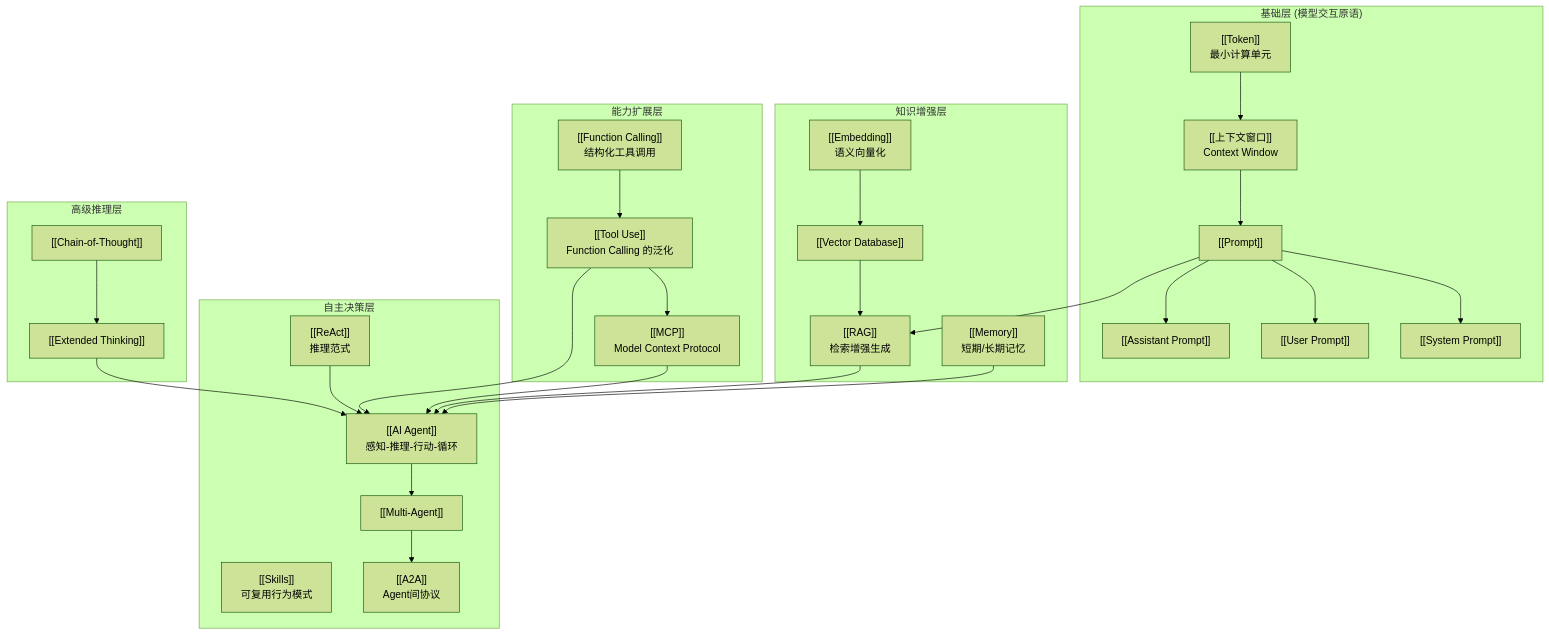
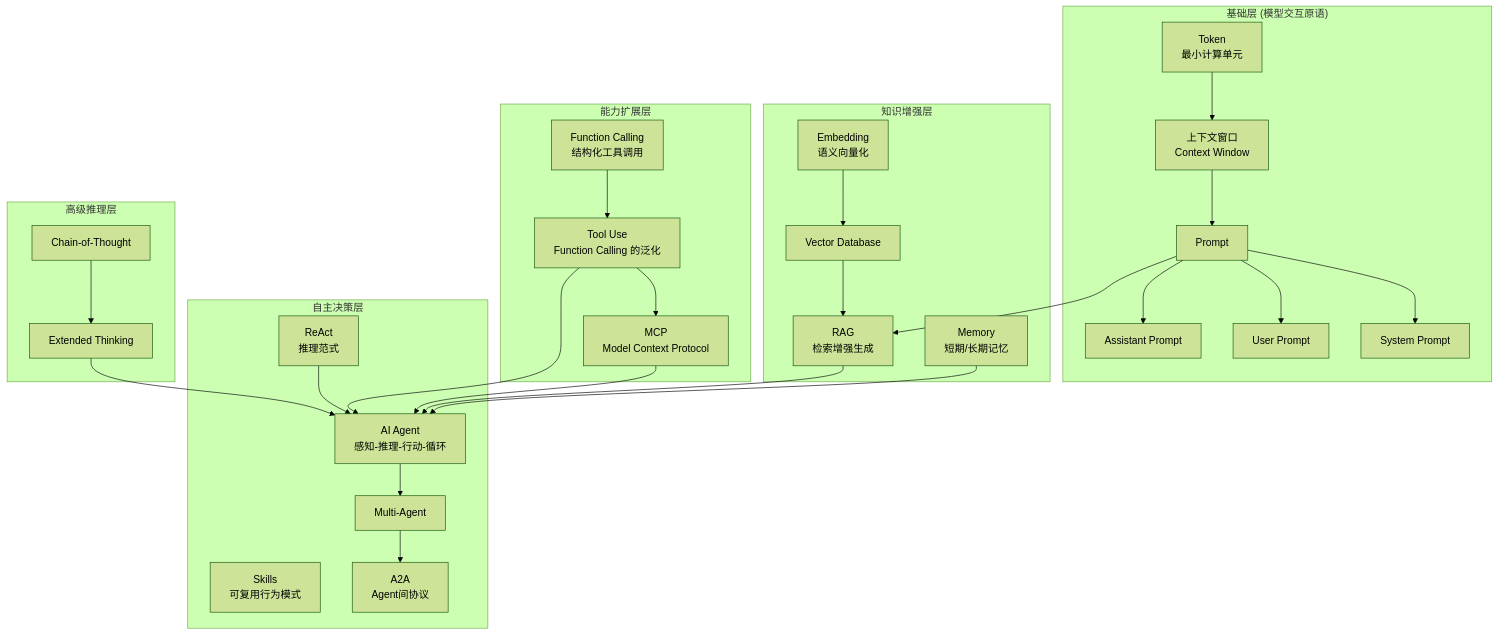
One commit to hpliStartAgain/my-brain changed the ninth of 10 diagrams in content/LLM/大模型日常使用/01 AI名词扫盲——从Prompt到Agent的完整图谱.md. Above: the diagram before and after it, drawn with Mermaid (forest theme). The commit also changed other lines of this file and 511 other files, not shown here.

````diff
--- a/content/LLM/大模型日常使用/01 AI名词扫盲——从Prompt到Agent的完整图谱.md
+++ b/content/LLM/大模型日常使用/01 AI名词扫盲——从Prompt到Agent的完整图谱.md
@@ -765,54 +765,54 @@
 ```mermaid
 graph TD
     subgraph "基础层 (模型交互原语)"
-        T["[[Token]]\n最小计算单元"]
-        P["[[Prompt]]"]
-        P --> SP["[[System Prompt]]"]
-        P --> UP["[[User Prompt]]"]
-        P --> AP["[[Assistant Prompt]]"]
-        CW["[[上下文窗口]]\nContext Window"]
+        T["Token\n最小计算单元"]
+        P["Prompt"]
+        P --> SP["System Prompt"]
+        P --> UP["User Prompt"]
+        P --> AP["Assistant Prompt"]
+        CW["上下文窗口\nContext Window"]
     end
 
     subgraph "知识增强层"
-        E["[[Embedding]]\n语义向量化"]
-        RAG["[[RAG]]\n检索增强生成"]
-        MEM["[[Memory]]\n短期/长期记忆"]
-        VDB["[[Vector Database]]"]
+        E["Embedding\n语义向量化"]
+        RAG["RAG\n检索增强生成"]
+        MEM["Memory\n短期/长期记忆"]
+        VDB["Vector Database"]
         E --> VDB
         VDB --> RAG
     end
 
     subgraph "能力扩展层"
-        FC["[[Function Calling]]\n结构化工具调用"]
-        TU["[[Tool Use]]\nFunction Calling 的泛化"]
-        MCP["[[MCP]]\nModel Context Protocol"]
+        FC["Function Calling\n结构化工具调用"]
+        TU["Tool Use\nFunction Calling 的泛化"]
+        MCP["MCP\nModel Context Protocol"]
         FC --> TU
         TU --> MCP
     end
 
     subgraph "自主决策层"
-        AG["[[AI Agent]]\n感知-推理-行动-循环"]
-        REACT["[[ReAct]]\n推理范式"]
-        MAG["[[Multi-Agent]]"]
-        SKL["[[Skills]]\n可复用行为模式"]
-        A2A["[[A2A]]\nAgent间协议"]
+        AG["AI Agent\n感知-推理-行动-循环"]
+        REACT["ReAct\n推理范式"]
+        MAG["Multi-Agent"]
+        SKL["Skills\n可复用行为模式"]
+        A2A["A2A\nAgent间协议"]
         REACT --> AG
         AG --> MAG
         MAG --> A2A
     end
 
     subgraph "高级推理层"
-        COT["[[Chain-of-Thought]]"]
-        ET["[[Extended Thinking]]"]
+        COT["Chain-of-Thought"]
+        ET["Extended Thinking"]
     end
 
     T --> CW
     CW --> P
     P --> RAG
     RAG --> AG
     MEM --> AG
     TU --> AG
     MCP --> AG
     COT --> ET
     ET --> AG
 ```
````
